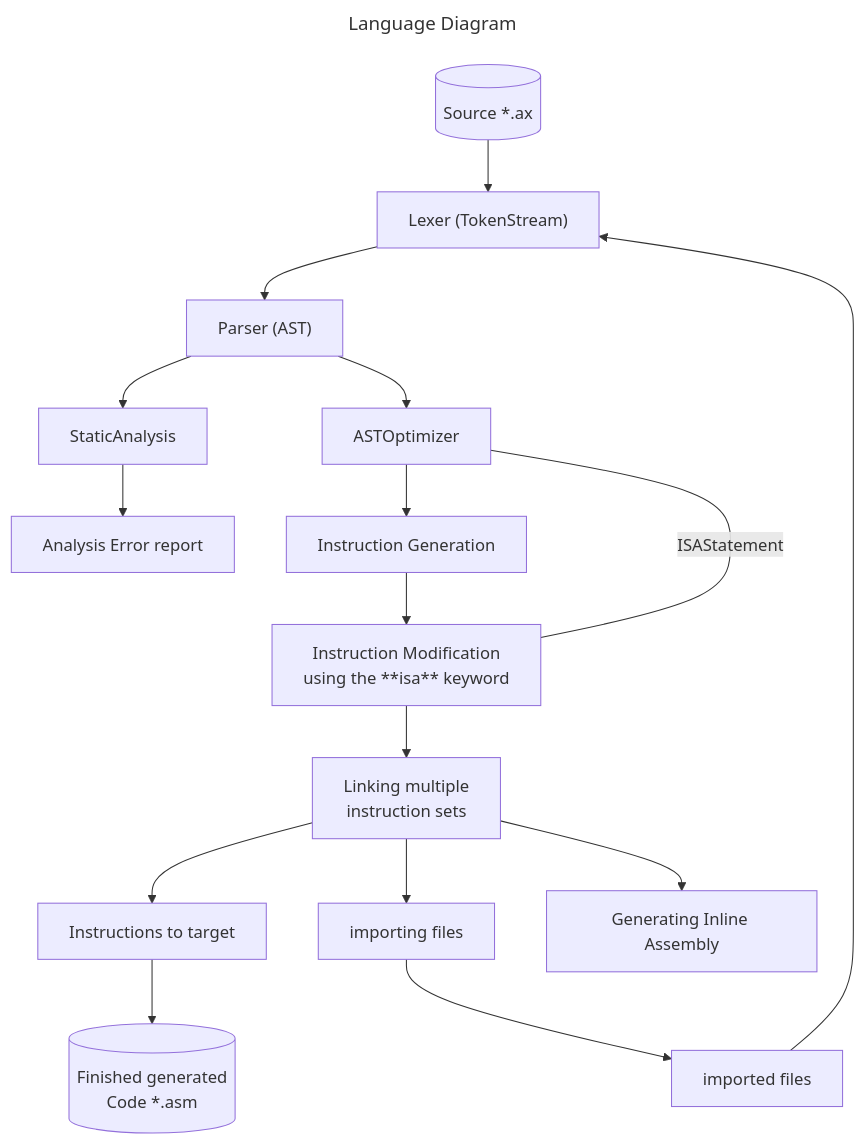
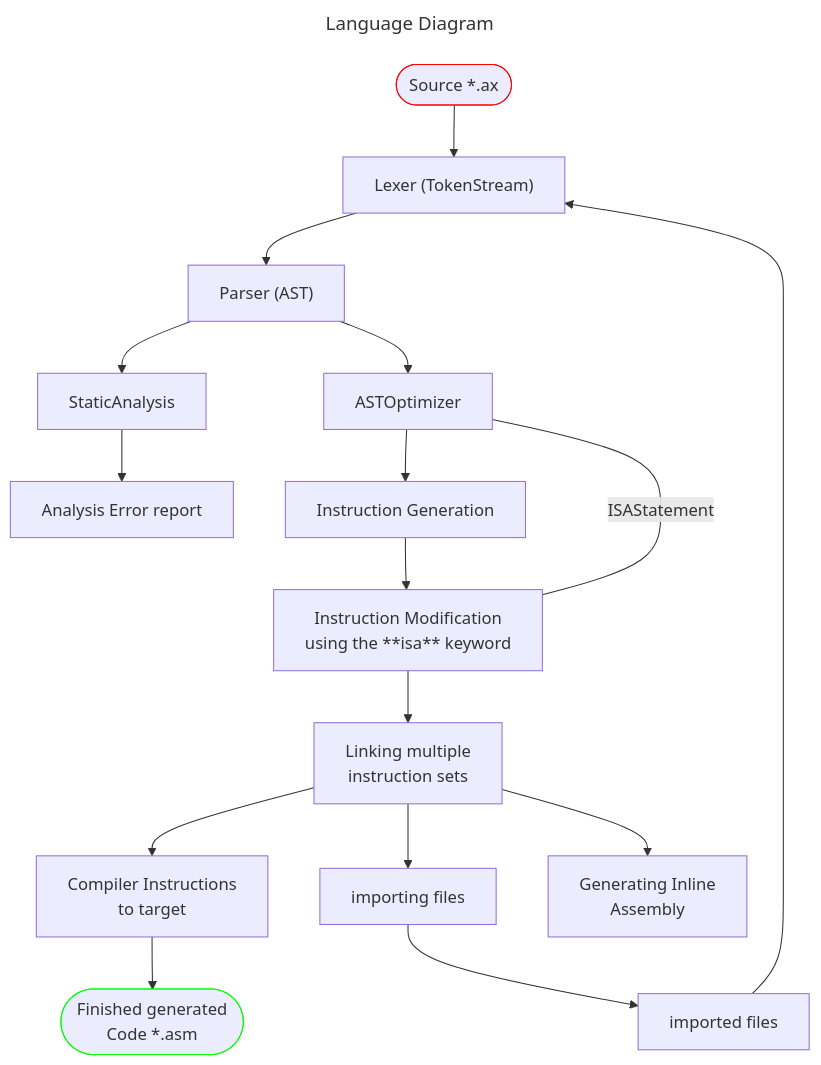
One commit to u64lisa/axiol-language changed the diagram in README.MD. Above: the diagram before and after it, drawn with Mermaid.

````diff
--- a/README.MD
+++ b/README.MD
@@ -15,38 +15,43 @@
 ```mermaid
 ---
 title: Language Diagram
 ---
 graph TD;
-    source[("Source *.ax")]
+    classDef red stroke:#f00
+    classDef green stroke:#0f0
+
+    source(["Source *.ax"])
     lexer["Lexer (TokenStream)"]
-    source --> lexer
+    source:::red --> lexer
     parser["Parser (AST)"]
     lexer --> parser
     analysis["StaticAnalysis"]
     error_stage_1["Analysis Error report"]
     analysis --> error_stage_1
     optimising["ASTOptimizer"]
     parser --> analysis
     parser --> optimising    
     instructionGen["Instruction Generation"]
     optimising --> instructionGen
     instructionModification["Instruction Modification
     using the **isa** keyword"]
     instructionGen --> instructionModification
     optimising-- ISAStatement ---instructionModification
     linker["Linking multiple
     instruction sets"]
     instructionModification --> linker
     importingLogic["importing files"]
     importedSources["imported files"]
     linker --> importingLogic
     importingLogic --> importedSources
     importedSources --> lexer;
-    compiler["Instructions to target"]
-    inlineASM["Generating Inline Assembly"]
+    compiler["Compiler Instructions
+    to target"]
+    inlineASM["Generating Inline 
+    Assembly"]
     linker --> inlineASM
     linker --> compiler
-       finishedCode[("Finished generated
-        Code *.asm")]
-    compiler --> finishedCode
+       finishedCode(["Finished generated
+        Code *.asm"])
+    compiler --> finishedCode:::green
 ```
````
